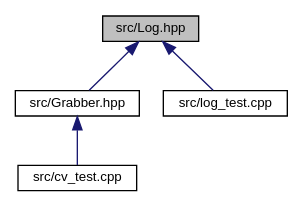
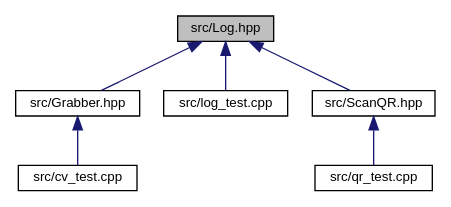
The diagram in doc/rtf/Log_8hpp__dep__incl.dot (sawbg/chip-chip-array), drawn with Graphviz before and after one commit. The commit also changed 98 other files, not shown here.

```diff
--- a/doc/rtf/Log_8hpp__dep__incl.dot
+++ b/doc/rtf/Log_8hpp__dep__incl.dot
@@ -1,12 +1,16 @@
 digraph "src/Log.hpp"
 {
   edge [fontname="Helvetica",fontsize="10",labelfontname="Helvetica",labelfontsize="10"];
   node [fontname="Helvetica",fontsize="10",shape=record];
   Node1 [label="src/Log.hpp",height=0.2,width=0.4,color="black", fillcolor="grey75", style="filled", fontcolor="black"];
   Node1 -> Node2 [dir="back",color="midnightblue",fontsize="10",style="solid",fontname="Helvetica"];
   Node2 [label="src/Grabber.hpp",height=0.2,width=0.4,color="black", fillcolor="white", style="filled",URL="$Grabber_8hpp.html"];
   Node2 -> Node3 [dir="back",color="midnightblue",fontsize="10",style="solid",fontname="Helvetica"];
   Node3 [label="src/cv_test.cpp",height=0.2,width=0.4,color="black", fillcolor="white", style="filled",URL="$cv__test_8cpp.html"];
   Node1 -> Node4 [dir="back",color="midnightblue",fontsize="10",style="solid",fontname="Helvetica"];
   Node4 [label="src/log_test.cpp",height=0.2,width=0.4,color="black", fillcolor="white", style="filled",URL="$log__test_8cpp.html"];
+  Node1 -> Node5 [dir="back",color="midnightblue",fontsize="10",style="solid",fontname="Helvetica"];
+  Node5 [label="src/ScanQR.hpp",height=0.2,width=0.4,color="black", fillcolor="white", style="filled",URL="$ScanQR_8hpp.html"];
+  Node5 -> Node6 [dir="back",color="midnightblue",fontsize="10",style="solid",fontname="Helvetica"];
+  Node6 [label="src/qr_test.cpp",height=0.2,width=0.4,color="black", fillcolor="white", style="filled",URL="$qr__test_8cpp.html"];
 }
```
